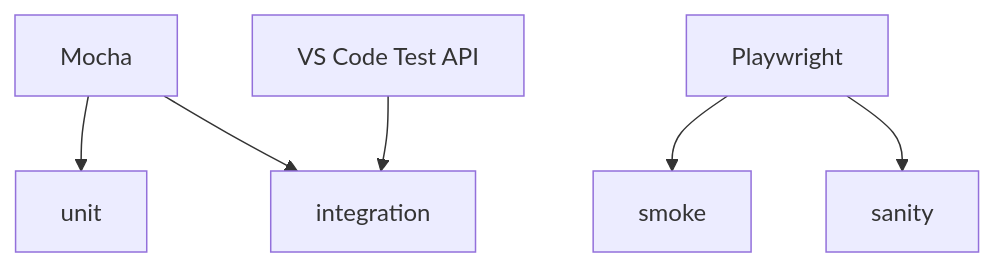
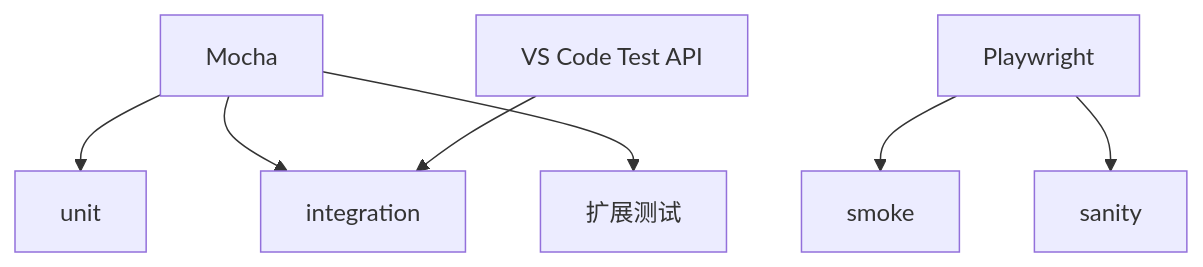
Before and after one commit to sofate798/KodrixCode: the ninth of 9 diagrams in .qoder/repowiki/zh/content/测试策略/测试策略.md, drawn with Mermaid. The commit also changed other lines of this file and 84 other files, not shown here.

````diff
--- a/.qoder/repowiki/zh/content/测试策略/测试策略.md
+++ b/.qoder/repowiki/zh/content/测试策略/测试策略.md
@@ -297,8 +367,9 @@
 ```mermaid
 graph TB
 M["Mocha"] --> U["unit"]
 M --> I["integration"]
+M --> ET["扩展测试"]
 P["Playwright"] --> S["smoke"]
 P --> SA["sanity"]
 V["VS Code Test API"] --> I
 ```
````
